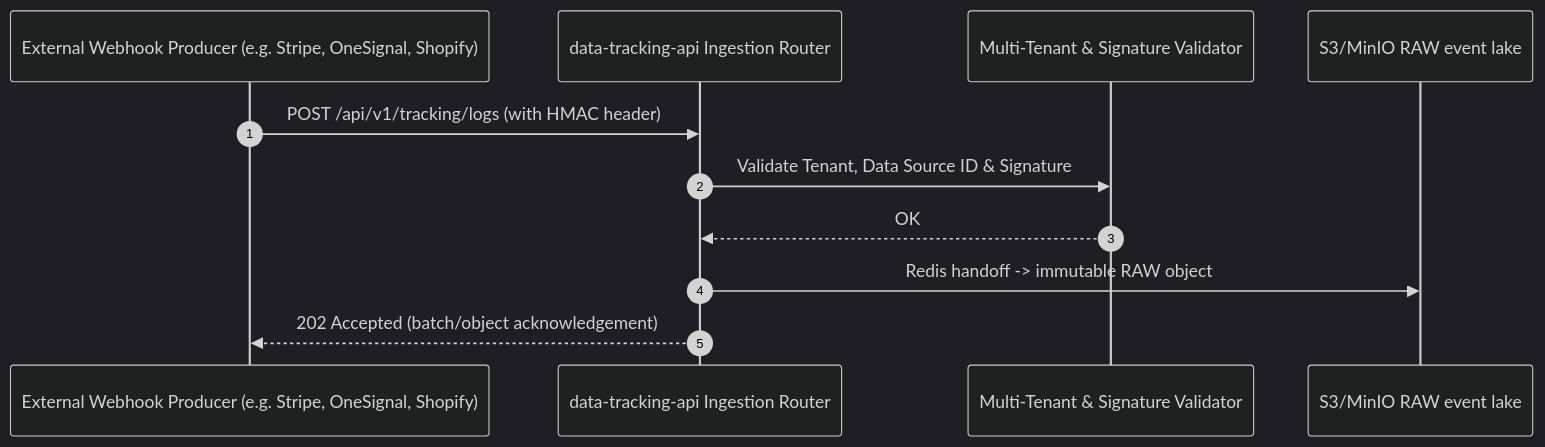
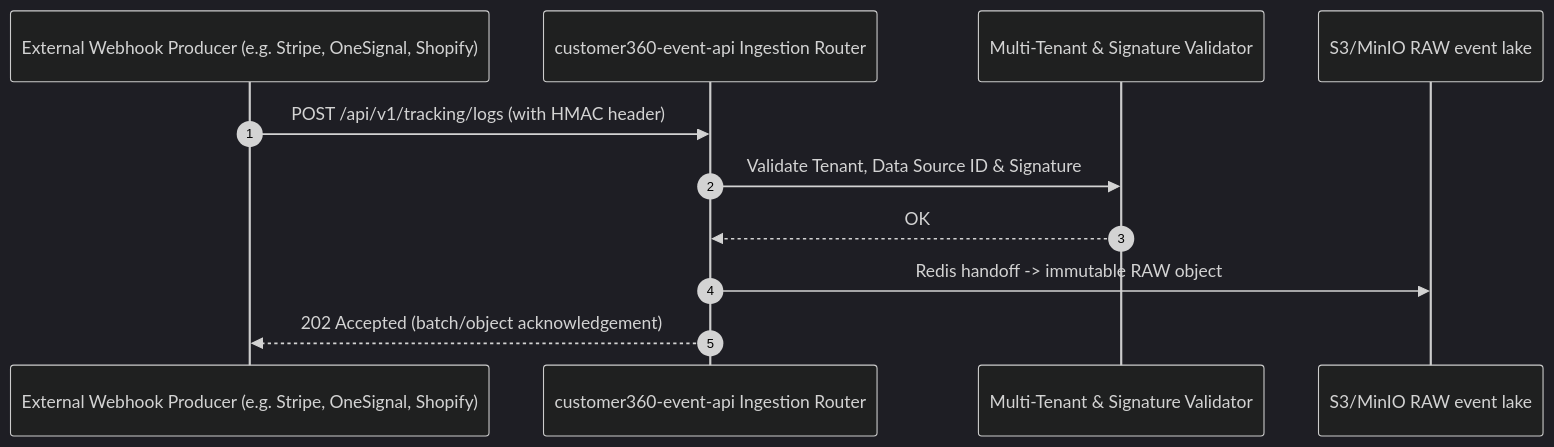
Before and after one commit to LEO-CDP/leo-customer360: the diagram in docs/data-sources/3-web-hook-api.md, drawn with Mermaid (dark theme). The commit also changed 117 other files, not shown here.

Commit message:
refactoring, rename folder data-tracking-api to customer360-event-api

````diff
--- a/docs/data-sources/3-web-hook-api.md
+++ b/docs/data-sources/3-web-hook-api.md
@@ -7,14 +7,14 @@
 ```mermaid
 sequenceDiagram
     autonumber
     participant Source as External Webhook Producer (e.g. Stripe, OneSignal, Shopify)
-    participant Gateway as data-tracking-api Ingestion Router
+    participant Gateway as customer360-event-api Ingestion Router
     participant Auth as Multi-Tenant & Signature Validator
     participant Lake as S3/MinIO RAW event lake
 
     Source->>Gateway: POST /api/v1/tracking/logs (with HMAC header)
     Gateway->>Auth: Validate Tenant, Data Source ID & Signature
     Auth-->>Gateway: OK
     Gateway->>Lake: Redis handoff -> immutable RAW object
     Gateway-->>Source: 202 Accepted (batch/object acknowledgement)
 ```
````
